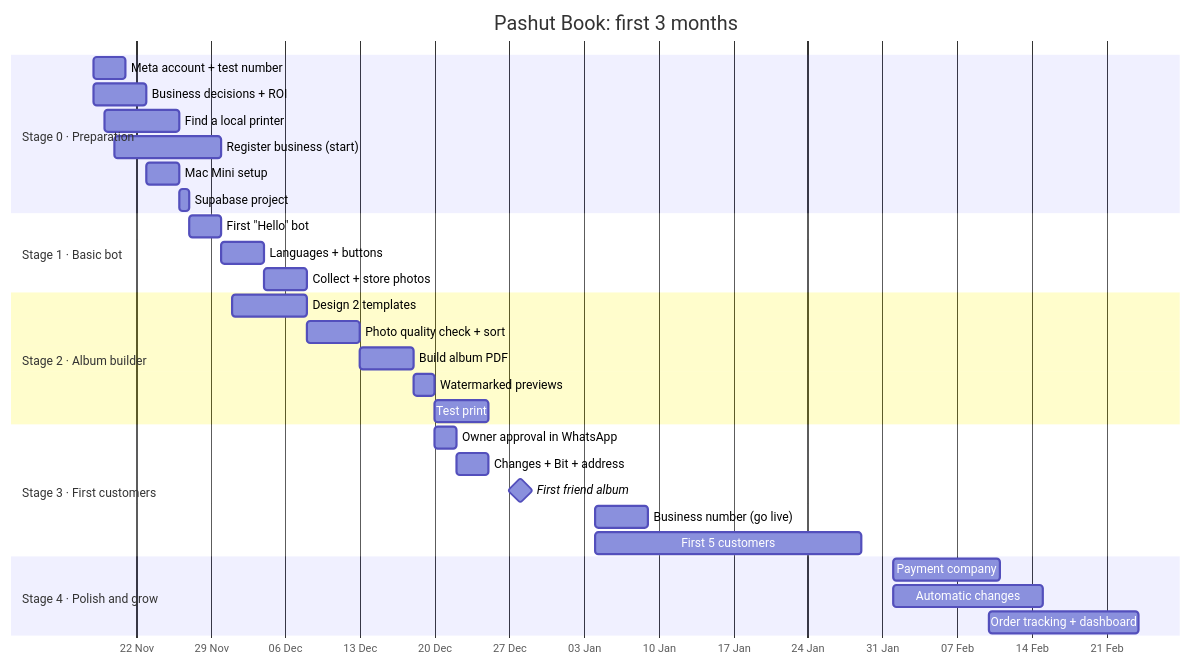
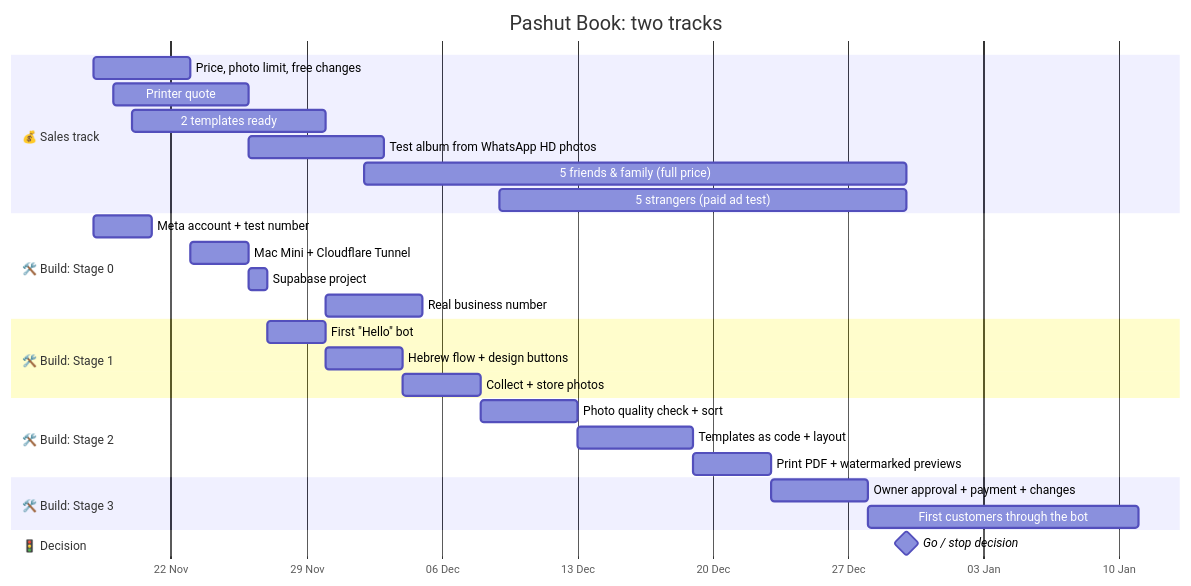
The diagram in ROADMAP.md (daaniel20/Pashut_Book), drawn with Mermaid before and after one commit. The commit also changed other lines of this file and 2 other files, not shown here.

First line of the commit message:
Update docs for two-track roadmap (build + sales) and Hebrew-first launch

````diff
--- a/ROADMAP.md
+++ b/ROADMAP.md
@@ -15,38 +23,37 @@
 ```mermaid
 gantt
-    title Pashut Book: first 3 months
+    title Pashut Book: two tracks
     dateFormat YYYY-MM-DD
     axisFormat %d %b
 
-    section Stage 0 · Preparation
-    Meta account + test number      :a1, 2026-11-18, 3d
-    Business decisions + ROI        :a2, 2026-11-18, 5d
-    Find a local printer            :a3, 2026-11-19, 7d
-    Register business (start)       :a4, 2026-11-20, 10d
-    Mac Mini setup                  :a5, 2026-11-23, 3d
-    Supabase project                :a6, after a5, 1d
+    section 💰 Sales track
+    Price, photo limit, free changes  :s1, 2026-11-18, 5d
+    Printer quote                     :s2, 2026-11-19, 7d
+    2 templates ready                 :s3, 2026-11-20, 10d
+    Test album from WhatsApp HD photos :s4, after s2, 7d
+    5 friends & family (full price)   :s5, 2026-12-02, 28d
+    5 strangers (paid ad test)        :s6, 2026-12-09, 21d
 
-    section Stage 1 · Basic bot
-    First "Hello" bot               :b1, after a6, 3d
-    Languages + buttons             :b2, after b1, 4d
-    Collect + store photos          :b3, after b2, 4d
+    section 🛠️ Build: Stage 0
+    Meta account + test number        :b0a, 2026-11-18, 3d
+    Mac Mini + Cloudflare Tunnel      :b0b, 2026-11-23, 3d
+    Supabase project                  :b0c, after b0b, 1d
+    Real business number              :b0d, 2026-11-30, 5d
 
-    section Stage 2 · Album builder
-    Design 2 templates              :c1, 2026-12-01, 7d
-    Photo quality check + sort      :c2, after b3, 5d
-    Build album PDF                 :c3, after c2, 5d
-    Watermarked previews            :c4, after c3, 2d
-    Test print                      :c5, after c4, 5d
+    section 🛠️ Build: Stage 1
+    First "Hello" bot                 :b1a, after b0c, 3d
+    Hebrew flow + design buttons      :b1b, after b1a, 4d
+    Collect + store photos            :b1c, after b1b, 4d
 
-    section Stage 3 · First customers
-    Owner approval in WhatsApp      :d1, after c4, 2d
-    Changes + Bit + address         :d2, after d1, 3d
-    First friend album              :milestone, d3, 2026-12-28, 0d
-    Business number (go live)       :d4, 2027-01-04, 5d
-    First 5 customers               :d5, 2027-01-04, 25d
+    section 🛠️ Build: Stage 2
+    Photo quality check + sort        :b2a, after b1c, 5d
+    Templates as code + layout        :b2b, after b2a, 6d
+    Print PDF + watermarked previews  :b2c, after b2b, 4d
 
-    section Stage 4 · Polish and grow
-    Payment company                 :e1, 2027-02-01, 10d
-    Automatic changes               :e2, 2027-02-01, 14d
-    Order tracking + dashboard      :e3, 2027-02-10, 14d
+    section 🛠️ Build: Stage 3
+    Owner approval + payment + changes :b3a, after b2c, 5d
+    First customers through the bot   :b3b, after b3a, 14d
+
+    section 🚦 Decision
+    Go / stop decision                :milestone, g1, 2026-12-30, 0d
 ```
````
